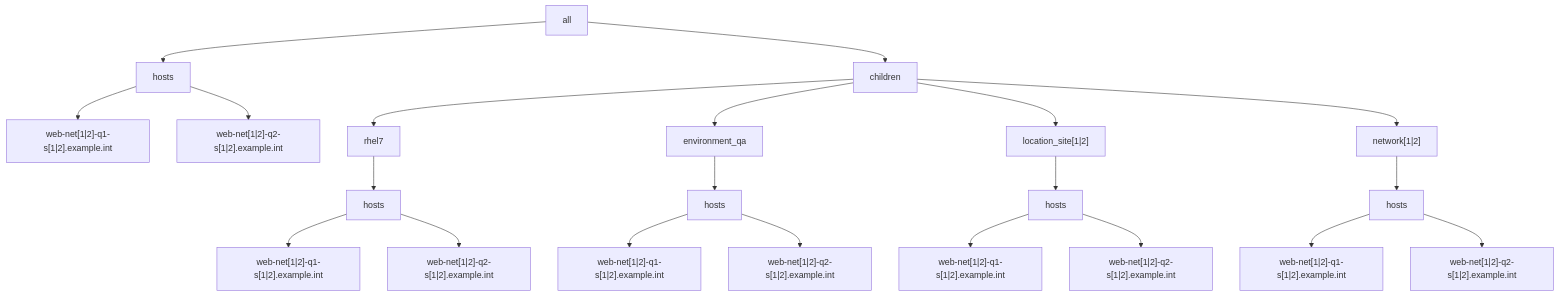
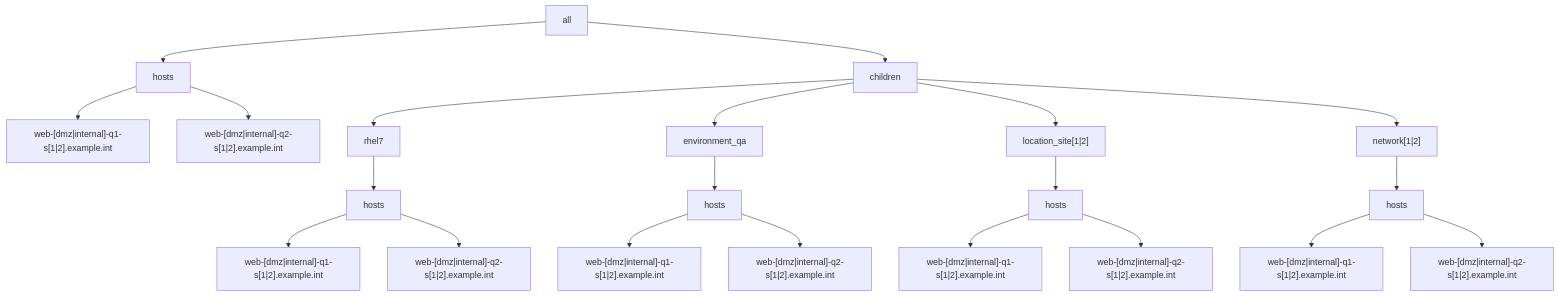
One commit to lj020326/Ansible-inventory-file-examples changed the second of 2 diagrams in tests/ansible-multiple-yaml-inventories/example4/README.md. Above: the diagram before and after it, drawn with Mermaid. The commit also changed other lines of this file, not shown here.

Commit message:
develop-lj - 	modified:   tests/ansible-multiple-yaml-inventories/example4/README.md

````diff
--- a/tests/ansible-multiple-yaml-inventories/example4/README.md
+++ b/tests/ansible-multiple-yaml-inventories/example4/README.md
@@ -41,23 +41,23 @@
 ```mermaid
 graph TD;
     A[all] --> C[hosts]
     A[all] --> D[children]
-    C --> I["web-net[1|2]-q1-s[1|2].example.int"]
-    C --> J["web-net[1|2]-q2-s[1|2].example.int"]
+    C --> I["web-[dmz|internal]-q1-s[1|2].example.int"]
+    C --> J["web-[dmz|internal]-q2-s[1|2].example.int"]
     D --> E[rhel7]
     D --> F[environment_qa]
     D --> G["location_site[1|2]"]
     D --> H["network[1|2]"]
     E --> K[hosts]
-    K --> L["web-net[1|2]-q1-s[1|2].example.int"]
-    K --> M["web-net[1|2]-q2-s[1|2].example.int"]
+    K --> L["web-[dmz|internal]-q1-s[1|2].example.int"]
+    K --> M["web-[dmz|internal]-q2-s[1|2].example.int"]
     F --> N[hosts]
-    N --> O["web-net[1|2]-q1-s[1|2].example.int"]
-    N --> P["web-net[1|2]-q2-s[1|2].example.int"]
+    N --> O["web-[dmz|internal]-q1-s[1|2].example.int"]
+    N --> P["web-[dmz|internal]-q2-s[1|2].example.int"]
     G --> Q[hosts]
-    Q --> R["web-net[1|2]-q1-s[1|2].example.int"]
-    Q --> S["web-net[1|2]-q2-s[1|2].example.int"]
+    Q --> R["web-[dmz|internal]-q1-s[1|2].example.int"]
+    Q --> S["web-[dmz|internal]-q2-s[1|2].example.int"]
     H --> T[hosts]
-    T --> U["web-net[1|2]-q1-s[1|2].example.int"]
-    T --> W["web-net[1|2]-q2-s[1|2].example.int"]
+    T --> U["web-[dmz|internal]-q1-s[1|2].example.int"]
+    T --> W["web-[dmz|internal]-q2-s[1|2].example.int"]
 ```
````
